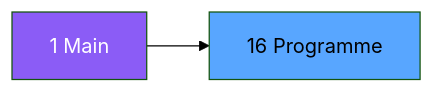
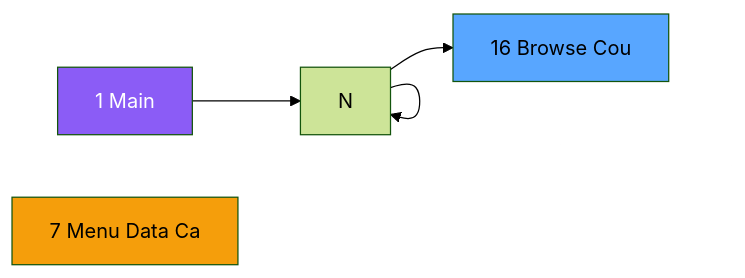
One commit to thonyAGP/magic-migration changed the second of 3 diagrams in .openspec/specs/ADH-IDE-16.md. Above: the diagram before and after it, drawn with Mermaid (forest theme). The commit also changed other lines of this file and 323 other files, not shown here.

````diff
--- a/.openspec/specs/ADH-IDE-16.md
+++ b/.openspec/specs/ADH-IDE-16.md
@@ -98,8 +107,13 @@
 ```mermaid
 graph LR
     M[1 Main]
-    T[16 Programme]
-    M --> T
+    N7[7 Menu Data Ca]
+    T[16 Browse   Cou]
+    M --> N
+    N --> N
+    N --> N
+    N --> T
     style M fill:#8b5cf6,color:#fff
+    style N7 fill:#f59e0b
     style T fill:#58a6ff,color:#000
 ```
````
